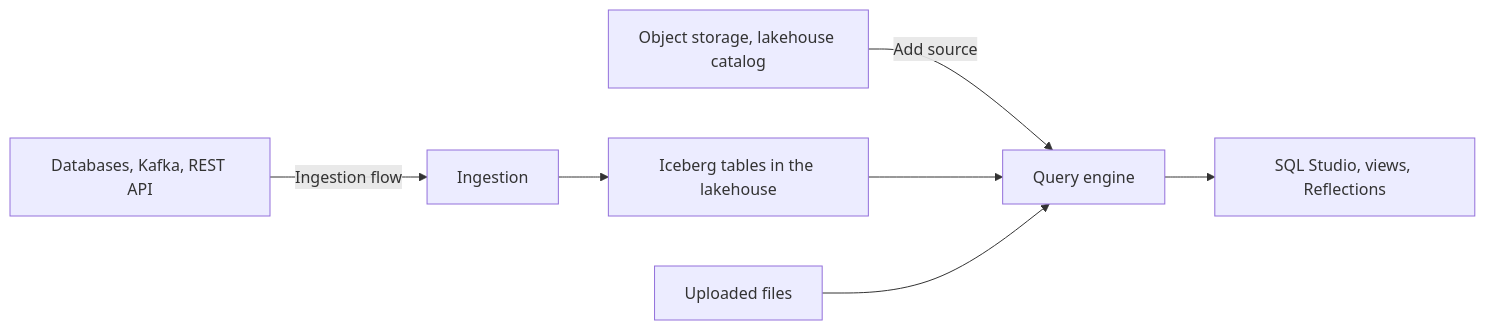
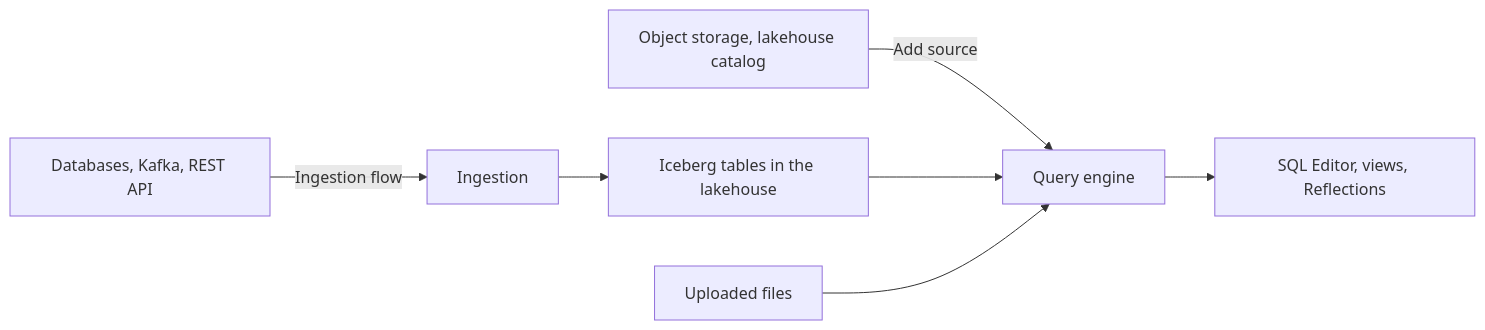
One commit to trangtoan293/hanas-doc changed the diagram in i18n/en/docusaurus-plugin-content-docs/current/connect/index.md. Above: the diagram before and after it, drawn with Mermaid. The commit also changed other lines of this file and 144 other files, not shown here.

First line of the commit message:
docs: verify UI labels, add CI and architecture diagrams

````diff
--- a/i18n/en/docusaurus-plugin-content-docs/current/connect/index.md
+++ b/i18n/en/docusaurus-plugin-content-docs/current/connect/index.md
@@ -22,9 +22,9 @@
 ```mermaid
 flowchart LR
   A["Object storage, lakehouse catalog"] -->|"Add source"| Q["Query engine"]
   B["Databases, Kafka, REST API"] -->|"Ingestion flow"| I["Ingestion"]
   I --> L["Iceberg tables in the lakehouse"]
   L --> Q
   U["Uploaded files"] --> Q
-  Q --> S["SQL Studio, views, Reflections"]
+  Q --> S["SQL Editor, views, Reflections"]
 ```
````
